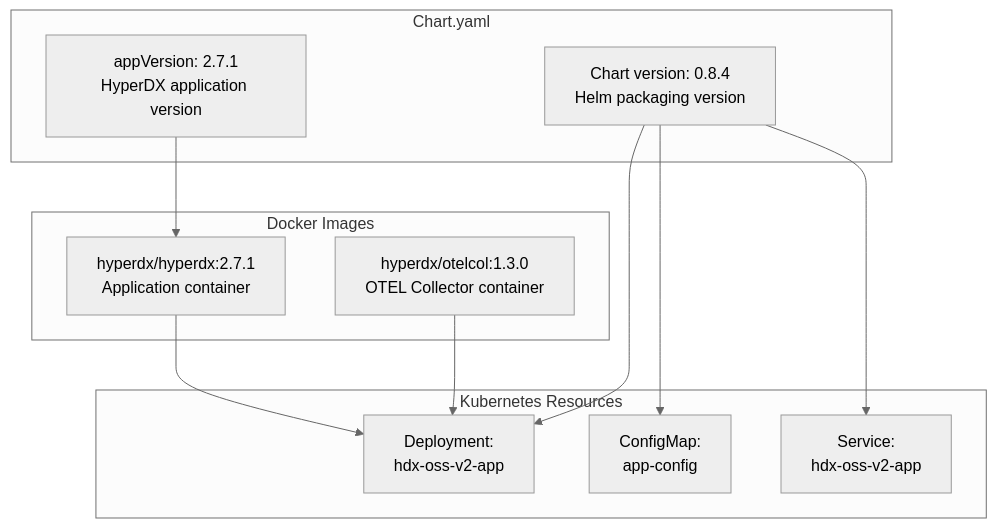
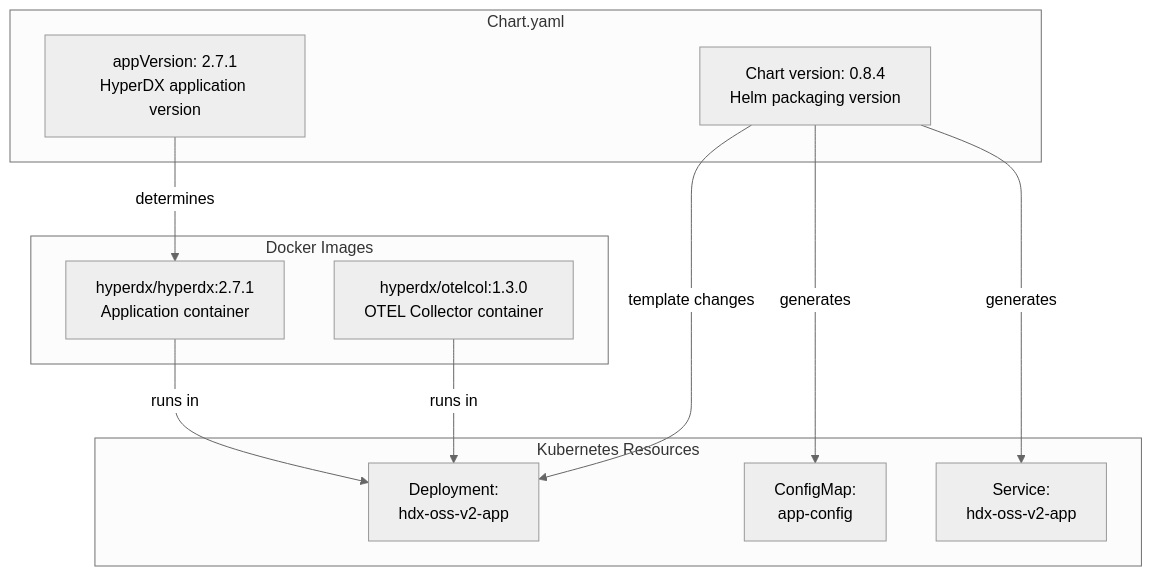
Before and after one commit to openchoreo/openchoreo: the first of 4 diagrams in docs/hyperdxio-helm-charts-docs/Upgrading.md, drawn with Mermaid (neutral theme). The commit also changed other lines of this file and 85 other files, not shown here.

Commit message:
feat: Add new workflow and specification templates, update Helm chart dependencies, and clarify documentation diagrams.

````diff
--- a/docs/hyperdxio-helm-charts-docs/Upgrading.md
+++ b/docs/hyperdxio-helm-charts-docs/Upgrading.md
@@ -36,34 +36,34 @@
 ```mermaid
 flowchart TD
 
 ChartVersion["Chart version: 0.8.4<br>Helm packaging version"]
 AppVersion["appVersion: 2.7.1<br>HyperDX application version"]
 AppImage["hyperdx/hyperdx:2.7.1<br>Application container"]
 OtelImage["hyperdx/otelcol:1.3.0<br>OTEL Collector container"]
 Deployment["Deployment:<br>hdx-oss-v2-app"]
 ConfigMap["ConfigMap:<br>app-config"]
 Service["Service:<br>hdx-oss-v2-app"]
 
-ChartVersion --> ConfigMap
-ChartVersion --> Service
-AppVersion --> AppImage
-AppImage --> Deployment
-OtelImage --> Deployment
-ChartVersion --> Deployment
+ChartVersion -->|"generates"| ConfigMap
+ChartVersion -->|"generates"| Service
+AppVersion -->|"determines"| AppImage
+AppImage -->|"runs in"| Deployment
+OtelImage -->|"runs in"| Deployment
+ChartVersion -->|"template changes"| Deployment
 
 subgraph subGraph2 ["Kubernetes Resources"]
     Deployment
     ConfigMap
     Service
 end
 
 subgraph subGraph1 ["Docker Images"]
     AppImage
     OtelImage
 end
 
 subgraph Chart.yaml ["Chart.yaml"]
     ChartVersion
     AppVersion
 end
 ```
````
